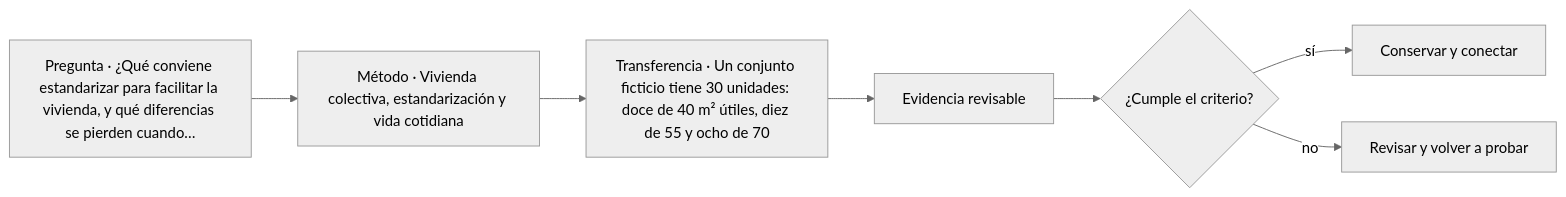
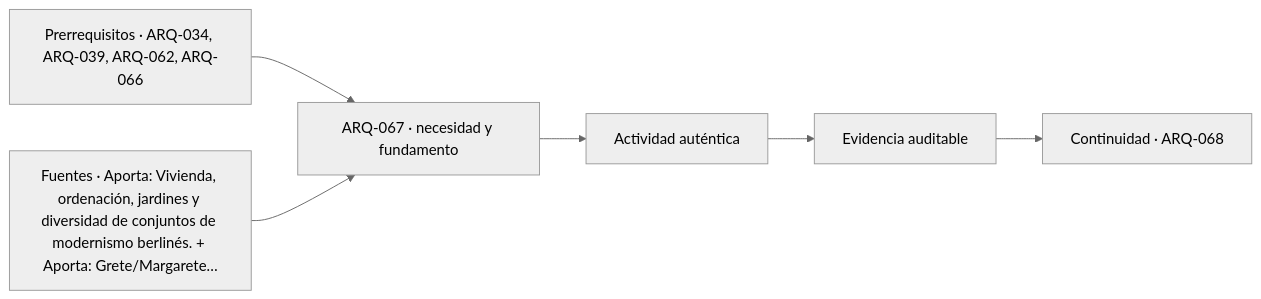
Before and after one commit to vladimiracunadev-create/architecture-built-environment-learning-program: the diagram in classes/parte-07/ARQ-067.md, drawn with Mermaid (neutral theme). The commit also changed other lines of this file and 761 other files, not shown here.

````diff
--- a/classes/parte-07/ARQ-067.md
+++ b/classes/parte-07/ARQ-067.md
@@ -118,9 +130,8 @@
 ```mermaid
 flowchart LR
-    Q["Pregunta · ¿Qué conviene estandarizar para facilitar la vivienda, y qué diferencias se pierden cuando…"] --> M["Método · Vivienda colectiva, estandarización y vida cotidiana"]
-    M --> P["Transferencia · Un conjunto ficticio tiene 30 unidades: doce de 40 m² útiles, diez de 55 y ocho de 70"]
-    P --> E["Evidencia revisable"]
-    E --> C{"¿Cumple el criterio?"}
-    C -->|sí| T["Conservar y conectar"]
-    C -->|no| R["Revisar y volver a probar"]
+    A["Prerrequisitos · ARQ-034, ARQ-039, ARQ-062, ARQ-066"] --> B["ARQ-067 · necesidad y fundamento"]
+    S["Fuentes · Aporta: Vivienda, ordenación, jardines y diversidad de conjuntos de modernismo berlinés. + Aporta: Grete/Margarete…"] --> B
+    B --> C["Actividad auténtica"]
+    C --> D["Evidencia auditable"]
+    D --> E["Continuidad · ARQ-068"]
 ```
````
